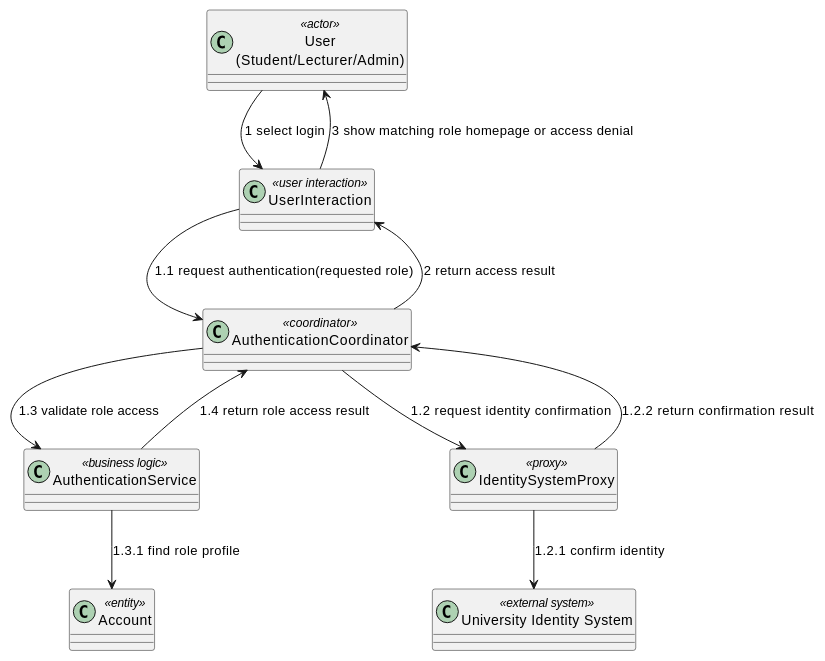
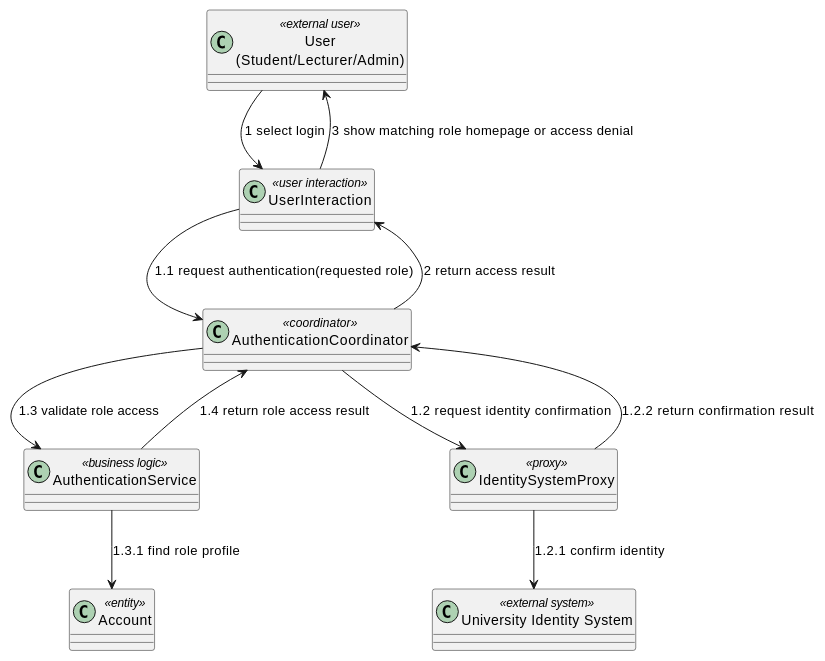
One commit to nttung42/SWD392 changed the eighth of 29 diagrams in docs/sds/2_Analysis.md. Above: the diagram before and after it, drawn with PlantUML. The commit also changed other lines of this file and 1 other file, not shown here.

````diff
--- a/docs/sds/2_Analysis.md
+++ b/docs/sds/2_Analysis.md
@@ -397,22 +388,22 @@
 ```plantuml
 @startuml
-class "User\n(Student/Lecturer/Admin)" as User <<actor>>
+class "User\n(Student/Lecturer/Admin)" as User <<external user>>
 class "UserInteraction" as AccessUI <<user interaction>>
 class "AuthenticationCoordinator" as AuthControl <<coordinator>>
 class "AuthenticationService" as AuthRules <<business logic>>
 class "IdentitySystemProxy" as UISInterface <<proxy>>
 class "University Identity System" as UIS <<external system>>
 class "Account" as Account <<entity>>
 
 User --> AccessUI : 1 select login
 AccessUI --> AuthControl : 1.1 request authentication(requested role)
 AuthControl --> UISInterface : 1.2 request identity confirmation
 UISInterface --> UIS : 1.2.1 confirm identity
 UISInterface --> AuthControl : 1.2.2 return confirmation result
 AuthControl --> AuthRules : 1.3 validate role access
 AuthRules --> Account : 1.3.1 find role profile
 AuthRules --> AuthControl : 1.4 return role access result
 AuthControl --> AccessUI : 2 return access result
 AccessUI --> User : 3 show matching role homepage or access denial
 @enduml
 ```
````
